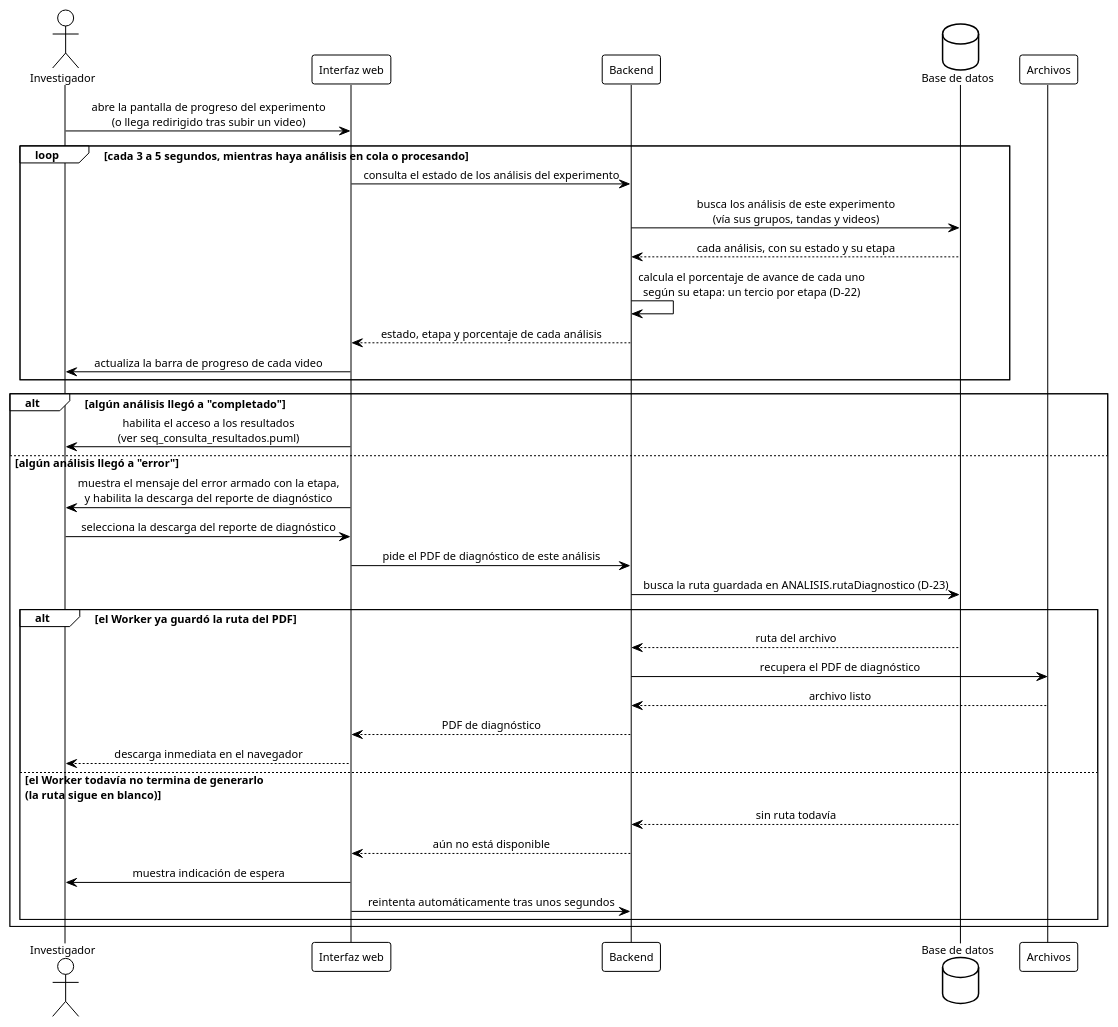
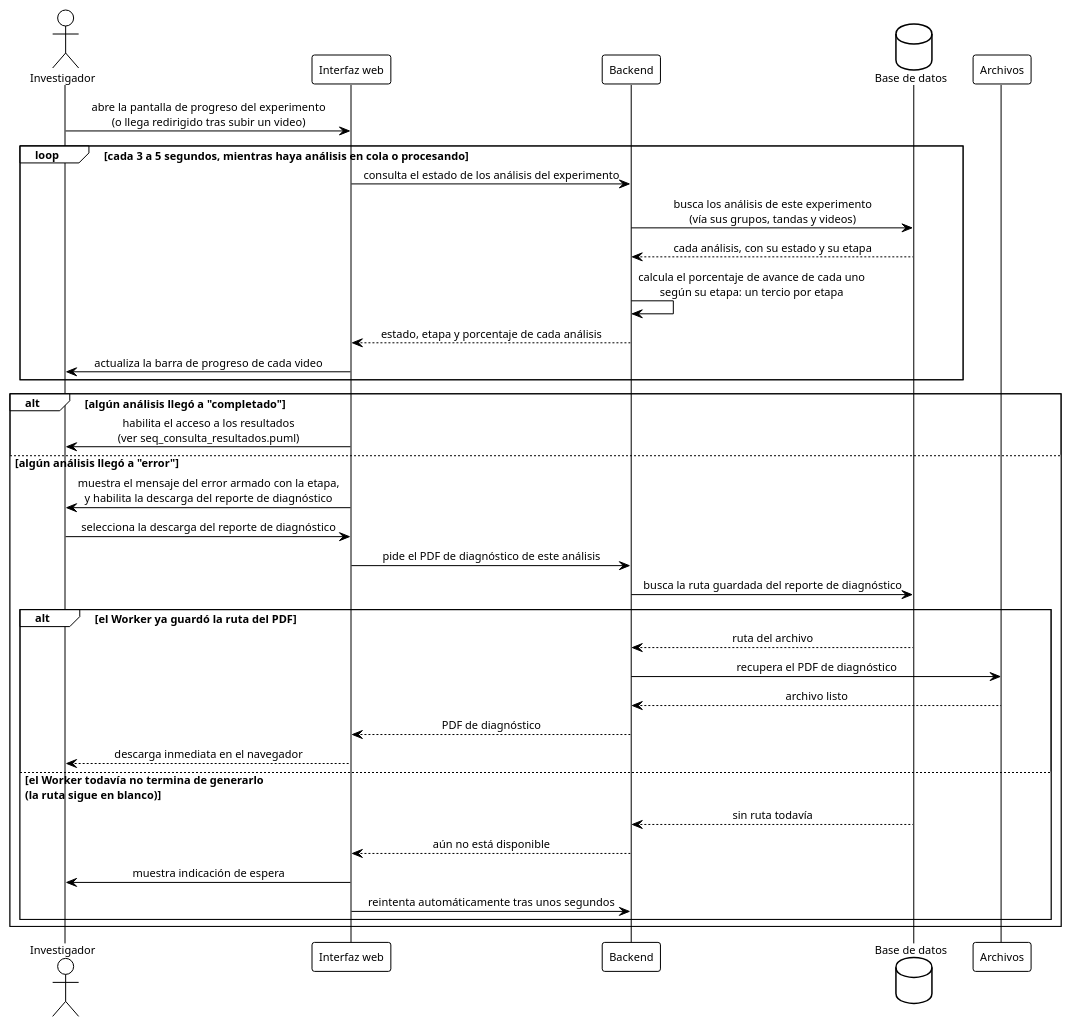
Before and after one commit to ErickJester/fst-ai-system-latex: the diagram in diagramas/seq_consulta_progreso.puml, drawn with PlantUML. The commit also changed 12 other files, not shown here.

```diff
--- a/diagramas/seq_consulta_progreso.puml
+++ b/diagramas/seq_consulta_progreso.puml
@@ -1,107 +1,107 @@
 @startuml seq_consulta_progreso
 ' ================================================================
 '  Secuencia - Consulta de progreso del análisis (polling) y
 '  descarga del reporte de diagnóstico si falla
 '  Base de datos FST | TT 2026-B066 | ESCOM-IPN
 '  Frausto Robles Angel Ali . Rodriguez Verdin Sandoval Vanesa
 ' ----------------------------------------------------------------
 '  Reemplaza a figures/mermaid/seq_progreso.png y a
 '  figures/mermaid/seq_error.png. Cubre CU-07 "Monitorear progreso
 '  del análisis", la parte que ve el investigador
 '  (chapters/05_diseno.tex:1425-1468, RF-15) -- la ejecución del
 '  pipeline por el Worker es un diagrama aparte
 '  (seq_analisis_automatico.puml) -- Y CU-08 "Descargar reporte de
 '  diagnóstico" (05_diseno.tex:1490-1534, RF-14, RF-16), fusionado
 '  aquí dentro de la rama de error en vez de vivir en su propio
 '  archivo.
 '
 '  Por qué CU-08 se fusiona en vez de tener su propio diagrama
 '  (decisión del usuario, 13-sep, tras revisar Kendall & Kendall):
 '  el libro (cap. 10, p. 295-296) dice que "cada escenario de caso
 '  de uso puede crear un diagrama de secuencia, aunque éstos no
 '  siempre se crean para escenarios de menor importancia". CU-08 está
 '  marcado "Tipo: Secundario" en el propio .tex (línea 1494) y todo
 '  su curso normal depende de una precondición que solo existe
 '  dentro de la rama de error de este mismo diagrama -- separarlo
 '  obligaba a una nota inicial que solo repetía "esto ya pasó en otro
 '  diagrama", señal de que no es un proceso independiente.
 '
 '  Por qué cambia respecto de los diagramas viejos, con fuente:
 '  - El "seq_progreso" viejo tenía un "Servidor" que devolvía "estado,
 '    etapa y porcentaje de avance" leyendo la base de datos. Pero
 '    D-09 (13-sep) ya resolvió que el progreso vive SOLO en memoria
 '    del Worker mientras corre -- ANALISIS no tiene columna de
 '    porcentaje, solo etapa. Un backend aparte del Worker no puede
 '    leer ese porcentaje de la base de datos porque no está ahí.
 '  - D-22 (13-sep) resuelve cómo se calcula entonces: el porcentaje
 '    se aproxima por etapa: un tercio por cada una de las 3 etapas de
 '    D-16, revisado el 5-oct (preprocesamiento=33%, cilindros=67%,
 '    clasificación=100%), calculado al vuelo a partir de
 '    ANALISIS.etapa -- no hace falta que el Worker comparta memoria
 '    con nadie más.
 '  - El experimento puede tener varios análisis corriendo a la vez
 '    (uno por video, vía sus tandas), igual que el diagrama viejo ya
 '    mostraba con su "lista de tareas" -- eso no cambia.
 '  - RF-15: el análisis sigue en segundo plano aunque el investigador
 '    cierre la pestaña, por eso el polling solo ocurre mientras la
 '    pantalla está abierta, no controla si el Worker sigue o no.
 '  - El "seq_error" viejo mezclaba tres cosas: que el Worker detecte
 '    el error (ya está en seq_analisis_automatico.puml, RN-11), que
 '    el investigador se entere (rama de error de abajo) y la descarga
 '    del PDF (agregada aquí). D-23 (13-sep) agrega la columna
 '    ANALISIS.rutaDiagnostico (nula salvo con estado = "error"),
 '    porque ni ANALISIS ni REPORTE tenían dónde guardar esa ruta --
 '    pendiente de aplicar en grafo_relacional_3_vigente.puml.
 '
 '  Generar:
 '      java -jar plantuml.jar -tpng diagramas/seq_consulta_progreso.puml
 ' ================================================================
 
 !theme plain
 skinparam defaultFontName Arial
 skinparam defaultFontSize 11
 skinparam shadowing false
 skinparam sequenceMessageAlign center
 skinparam BoxPadding 10
 
 actor Investigador as inv
 participant "Interfaz web" as ui
 participant Backend as api
 database "Base de datos" as db
 participant "Archivos" as fs
 
 inv -> ui: abre la pantalla de progreso del experimento\n(o llega redirigido tras subir un video)
 
 loop cada 3 a 5 segundos, mientras haya análisis en cola o procesando
   ui -> api: consulta el estado de los análisis del experimento
   api -> db: busca los análisis de este experimento\n(vía sus grupos, tandas y videos)
   db --> api: cada análisis, con su estado y su etapa
-  api -> api: calcula el porcentaje de avance de cada uno\nsegún su etapa: un tercio por etapa (D-22)
+  api -> api: calcula el porcentaje de avance de cada uno\nsegún su etapa: un tercio por etapa
   api --> ui: estado, etapa y porcentaje de cada análisis
   ui -> inv: actualiza la barra de progreso de cada video
 end
 
 alt algún análisis llegó a "completado"
   ui -> inv: habilita el acceso a los resultados\n(ver seq_consulta_resultados.puml)
 else algún análisis llegó a "error"
   ui -> inv: muestra el mensaje del error armado con la etapa,\ny habilita la descarga del reporte de diagnóstico
 
   inv -> ui: selecciona la descarga del reporte de diagnóstico
   ui -> api: pide el PDF de diagnóstico de este análisis
-  api -> db: busca la ruta guardada en ANALISIS.rutaDiagnostico (D-23)
+  api -> db: busca la ruta guardada del reporte de diagnóstico
 
   alt el Worker ya guardó la ruta del PDF
     db --> api: ruta del archivo
     api -> fs: recupera el PDF de diagnóstico
     fs --> api: archivo listo
     api --> ui: PDF de diagnóstico
     ui --> inv: descarga inmediata en el navegador
   else el Worker todavía no termina de generarlo\n(la ruta sigue en blanco)
     db --> api: sin ruta todavía
     api --> ui: aún no está disponible
     ui -> inv: muestra indicación de espera
     ui -> api: reintenta automáticamente tras unos segundos
   end
 end
 
 @enduml
```
